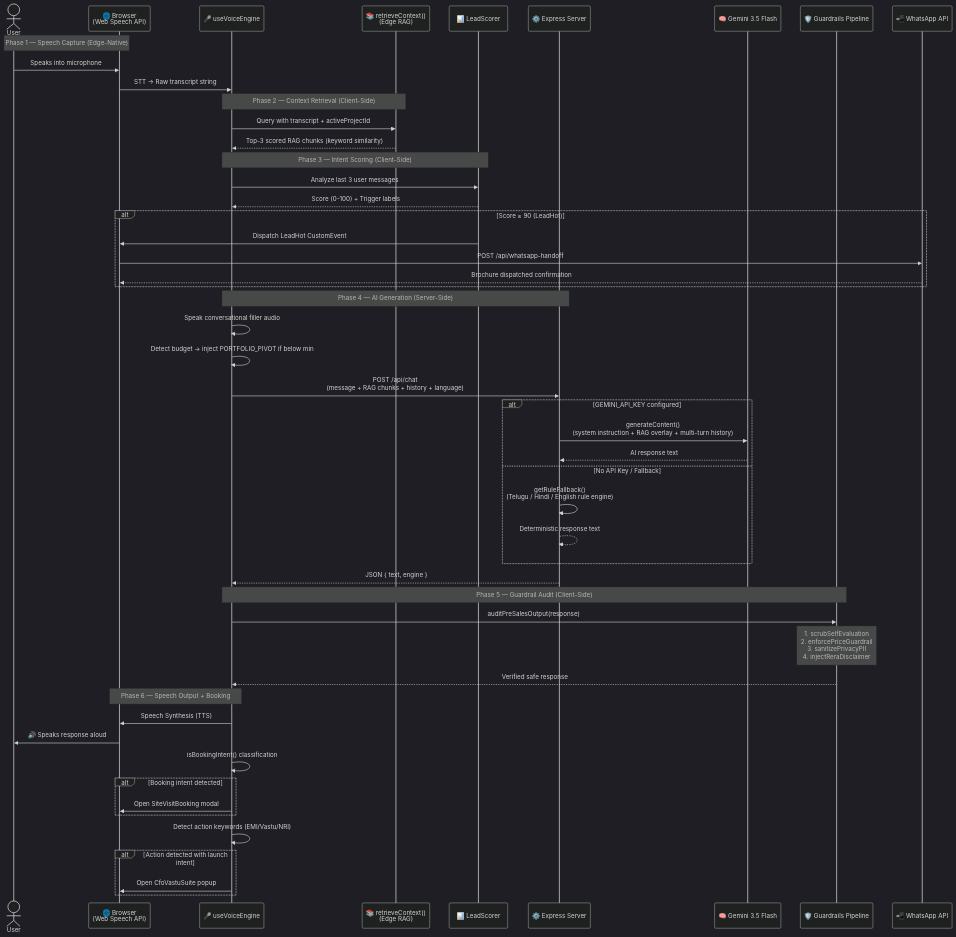
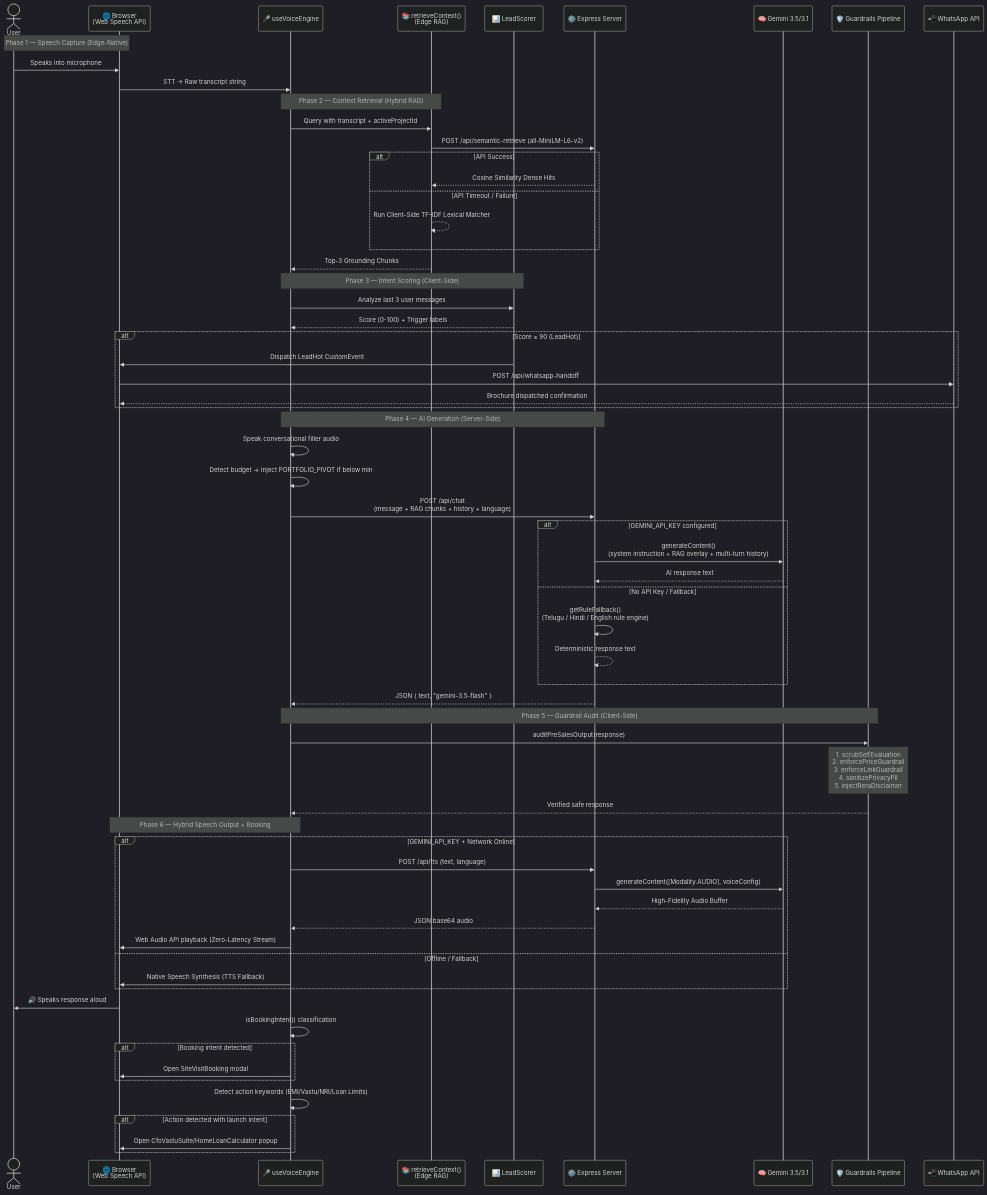
One commit to iammohith/Voice-First-Aura-Real-Estate-Agent-V-FAREA changed the fifth of 12 diagrams in README.md. Above: the diagram before and after it, drawn with Mermaid (dark theme). The commit also changed other lines of this file, not shown here.

````diff
--- a/README.md
+++ b/README.md
@@ -296,66 +308,80 @@
 ```mermaid
 sequenceDiagram
     actor User
     participant Browser as 🌐 Browser<br/>(Web Speech API)
     participant VoiceEngine as 🎤 useVoiceEngine
     participant RAG as 📚 retrieveContext()<br/>(Edge RAG)
     participant LeadScorer as 📊 LeadScorer
     participant Server as ⚙️ Express Server
-    participant Gemini as 🧠 Gemini 3.5 Flash
+    participant Gemini as 🧠 Gemini 3.5/3.1
     participant Guardrails as 🛡️ Guardrails Pipeline
     participant WhatsApp as 📲 WhatsApp API
 
     Note over User,Browser: Phase 1 — Speech Capture (Edge-Native)
     User->>Browser: Speaks into microphone
     Browser->>VoiceEngine: STT → Raw transcript string
 
-    Note over VoiceEngine,RAG: Phase 2 — Context Retrieval (Client-Side)
+    Note over VoiceEngine,RAG: Phase 2 — Context Retrieval (Hybrid RAG)
     VoiceEngine->>RAG: Query with transcript + activeProjectId
-    RAG-->>VoiceEngine: Top-3 scored RAG chunks (keyword similarity)
+    RAG->>Server: POST /api/semantic-retrieve (all-MiniLM-L6-v2)
+    alt API Success
+        Server-->>RAG: Cosine Similarity Dense Hits
+    else API Timeout / Failure
+        RAG-->>RAG: Run Client-Side TF-IDF Lexical Matcher
+    end
+    RAG-->>VoiceEngine: Top-3 Grounding Chunks
 
     Note over VoiceEngine,LeadScorer: Phase 3 — Intent Scoring (Client-Side)
     VoiceEngine->>LeadScorer: Analyze last 3 user messages
     LeadScorer-->>VoiceEngine: Score (0-100) + Trigger labels
 
     alt Score ≥ 90 (LeadHot)
         LeadScorer->>Browser: Dispatch LeadHot CustomEvent
         Browser->>WhatsApp: POST /api/whatsapp-handoff
         WhatsApp-->>Browser: Brochure dispatched confirmation
     end
 
     Note over VoiceEngine,Server: Phase 4 — AI Generation (Server-Side)
     VoiceEngine->>VoiceEngine: Speak conversational filler audio
     VoiceEngine->>VoiceEngine: Detect budget → inject PORTFOLIO_PIVOT if below min
     VoiceEngine->>Server: POST /api/chat<br/>(message + RAG chunks + history + language)
 
     alt GEMINI_API_KEY configured
         Server->>Gemini: generateContent()<br/>(system instruction + RAG overlay + multi-turn history)
         Gemini-->>Server: AI response text
     else No API Key / Fallback
         Server->>Server: getRuleFallback()<br/>(Telugu / Hindi / English rule engine)
         Server-->>Server: Deterministic response text
     end
 
-    Server-->>VoiceEngine: JSON { text, engine }
+    Server-->>VoiceEngine: JSON { text, "gemini-3.5-flash" }
 
     Note over VoiceEngine,Guardrails: Phase 5 — Guardrail Audit (Client-Side)
     VoiceEngine->>Guardrails: auditPreSalesOutput(response)
 
-    Note over Guardrails: 1. scrubSelfEvaluation<br/>2. enforcePriceGuardrail<br/>3. sanitizePrivacyPII<br/>4. injectReraDisclaimer
+    Note over Guardrails: 1. scrubSelfEvaluation<br/>2. enforcePriceGuardrail<br/>3. enforceLinkGuardrail<br/>4. sanitizePrivacyPII<br/>5. injectReraDisclaimer
 
     Guardrails-->>VoiceEngine: Verified safe response
 
-    Note over VoiceEngine,Browser: Phase 6 — Speech Output + Booking
-    VoiceEngine->>Browser: Speech Synthesis (TTS)
+    Note over VoiceEngine,Browser: Phase 6 — Hybrid Speech Output + Booking
+    alt GEMINI_API_KEY + Network Online
+        VoiceEngine->>Server: POST /api/tts (text, language)
+        Server->>Gemini: generateContent([Modality.AUDIO], voiceConfig)
+        Gemini-->>Server: High-Fidelity Audio Buffer
+        Server-->>VoiceEngine: JSON base64 audio
+        VoiceEngine->>Browser: Web Audio API playback (Zero-Latency Stream)
+    else Offline / Fallback
+        VoiceEngine->>Browser: Native Speech Synthesis (TTS Fallback)
+    end
     Browser->>User: 🔊 Speaks response aloud
 
     VoiceEngine->>VoiceEngine: isBookingIntent() classification
     alt Booking intent detected
         VoiceEngine->>Browser: Open SiteVisitBooking modal
     end
 
-    VoiceEngine->>VoiceEngine: Detect action keywords (EMI/Vastu/NRI)
+    VoiceEngine->>VoiceEngine: Detect action keywords (EMI/Vastu/NRI/Loan Limits)
     alt Action detected with launch intent
-        VoiceEngine->>Browser: Open CfoVastuSuite popup
+        VoiceEngine->>Browser: Open CfoVastuSuite/HomeLoanCalculator popup
     end
 ```
````
